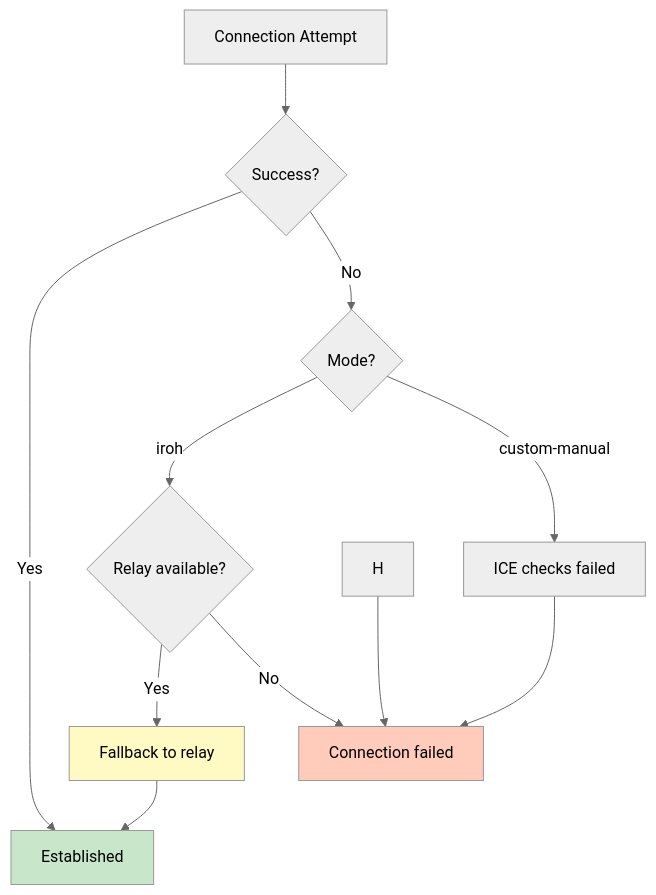
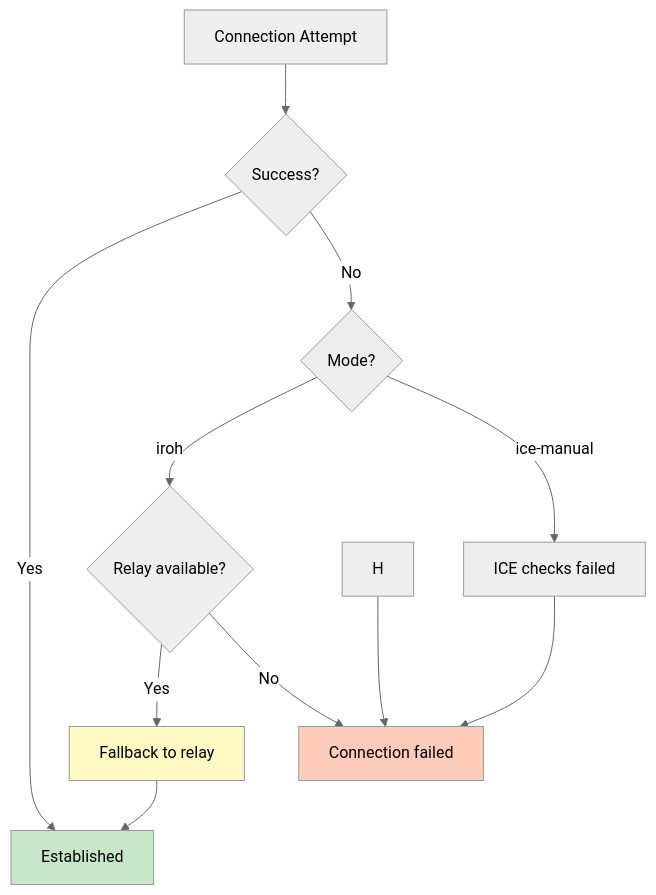
One commit to andrewtheguy/vpn-rs changed diagram 35 of 36 in docs/ARCHITECTURE.md. Above: the diagram before and after it, drawn with Mermaid (neutral theme). The commit also changed other lines of this file and 20 other files, not shown here.

````diff
--- a/docs/ARCHITECTURE.md
+++ b/docs/ARCHITECTURE.md
@@ -1465,20 +1465,20 @@
 ```mermaid
 graph TB
     A[Connection Attempt] --> B{Success?}
     B -->|Yes| C[Established]
     B -->|No| D{Mode?}
     
     D -->|iroh| E{Relay available?}
     E -->|Yes| F[Fallback to relay]
     E -->|No| G[Connection failed]
 
-    D -->|custom-manual| I[ICE checks failed]
+    D -->|ice-manual| I[ICE checks failed]
     
     F --> C
     H --> G
     I --> G
     
     style C fill:#C8E6C9
     style F fill:#FFF9C4
     style G fill:#FFCCBC
 ```
````
